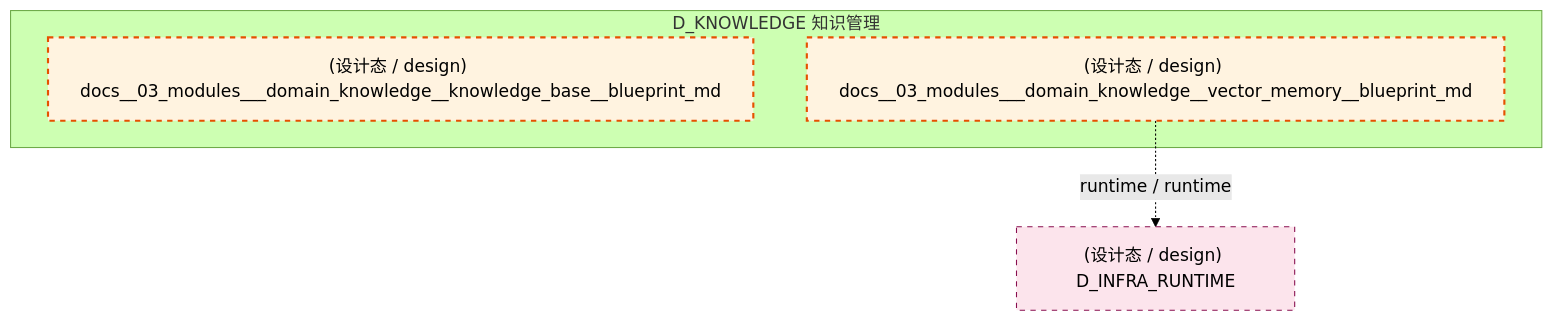
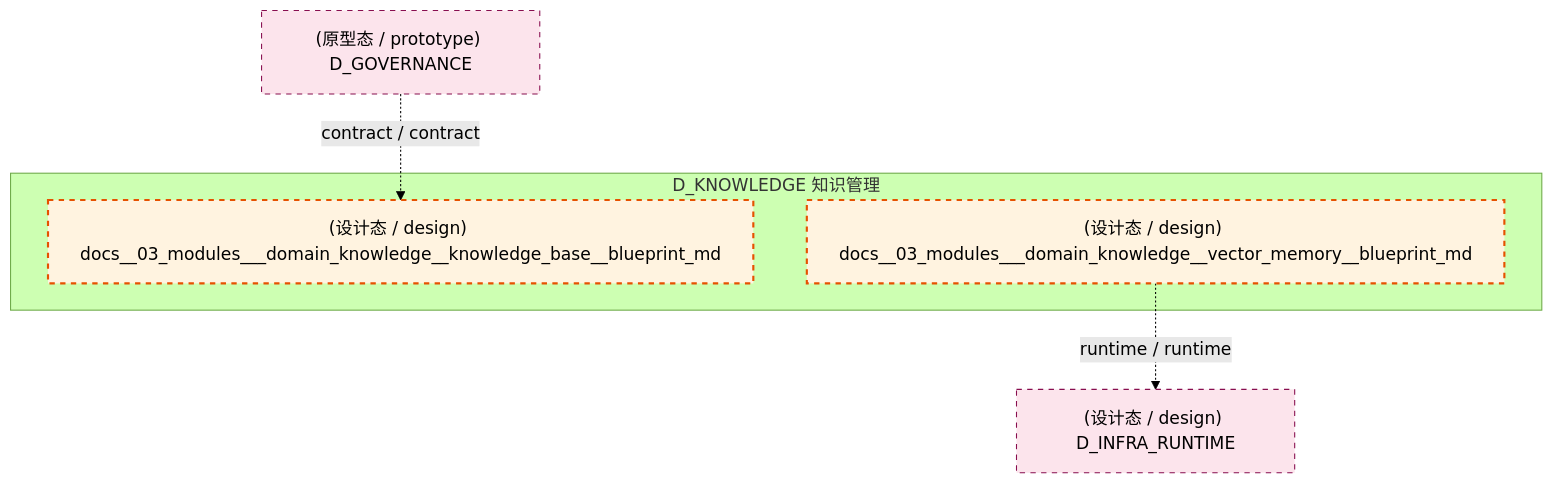
The third of 5 diagrams in docs/02_enterprise_architecture/02_domain_architecture_docs/48_d_knowledge.md (xuanFelixVan/ZephyrAlpha), drawn with Mermaid (forest theme) before and after one commit. The commit also changed other lines of this file and 98 other files, not shown here.

````diff
--- a/docs/02_enterprise_architecture/02_domain_architecture_docs/48_d_knowledge.md
+++ b/docs/02_enterprise_architecture/02_domain_architecture_docs/48_d_knowledge.md
@@ -214,15 +218,17 @@
 ```mermaid
 graph TD
     subgraph D_KNOWLEDGE["D_KNOWLEDGE 知识管理"]
         docs_03_modules_domain_knowledge_knowledge_base_blueprint_md["(设计态 / design) docs__03_modules___domain_knowledge__knowledge_base__blueprint_md"]
         docs_03_modules_domain_knowledge_vector_memory_blueprint_md["(设计态 / design) docs__03_modules___domain_knowledge__vector_memory__blueprint_md"]
     end
     D_INFRA_RUNTIME["(设计态 / design) D_INFRA_RUNTIME"]
     docs_03_modules_domain_knowledge_vector_memory_blueprint_md -.->|runtime / runtime| D_INFRA_RUNTIME
+    D_GOVERNANCE["(原型态 / prototype) D_GOVERNANCE"]
+    D_GOVERNANCE -.->|contract / contract| docs_03_modules_domain_knowledge_knowledge_base_blueprint_md
     classDef production fill:#e1f5fe,stroke:#01579b,stroke-width:2px,color:#000
     classDef design fill:#fff3e0,stroke:#e65100,stroke-width:2px,color:#000,stroke-dasharray: 5 5
     classDef external_prod fill:#e8f5e9,stroke:#1b5e20,stroke-width:1px,color:#000
     classDef external_design fill:#fce4ec,stroke:#880e4f,stroke-width:1px,color:#000,stroke-dasharray: 5 5
     class docs_03_modules_domain_knowledge_knowledge_base_blueprint_md,docs_03_modules_domain_knowledge_vector_memory_blueprint_md design
-    class D_INFRA_RUNTIME external_design
+    class D_INFRA_RUNTIME,D_GOVERNANCE external_design
 ```
````
